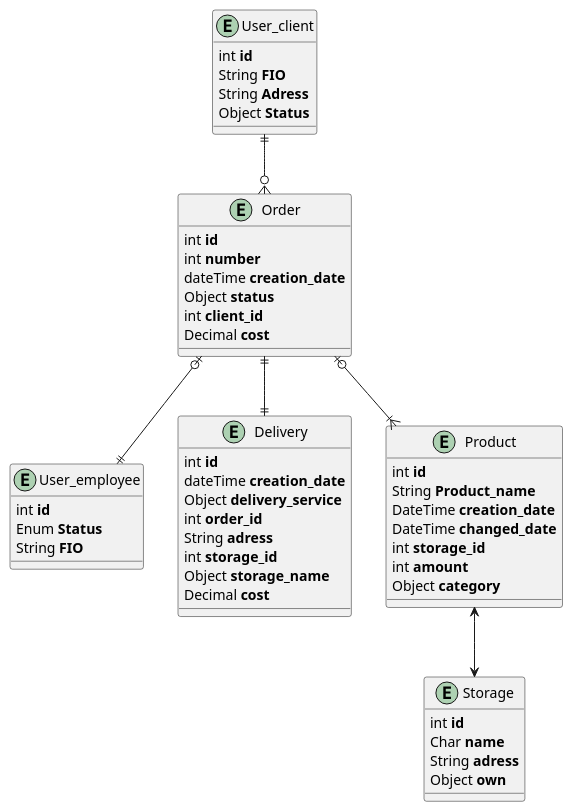
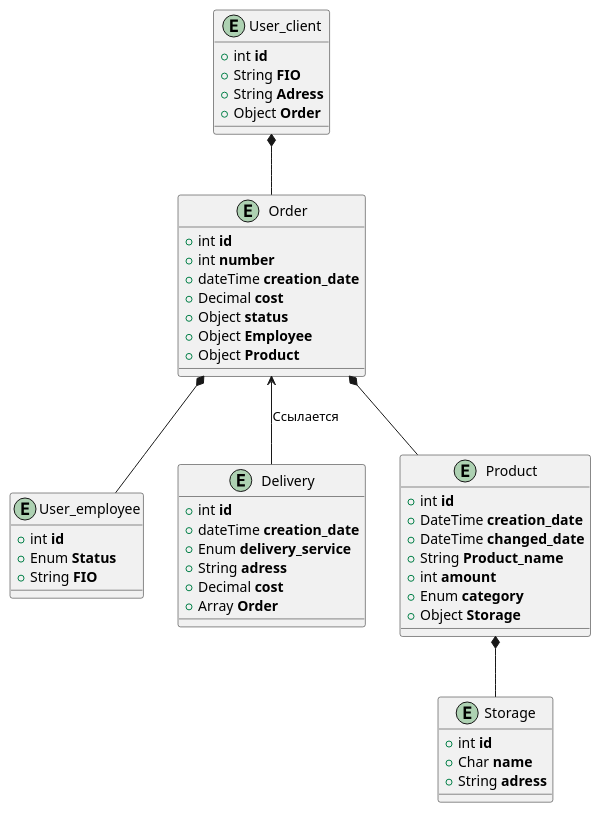
The diagram in nosql.puml (DitSoGD/Golturenko_analytics_practice), drawn with PlantUML before and after one commit.

Commit message:
Доработана диаграмма для нереляционной БД

```diff
--- a/nosql.puml
+++ b/nosql.puml
@@ -1,54 +1,52 @@
 @startuml
 
 entity User_employee {
-  int **id**
-  Enum **Status**
-  String **FIO**
+  + int **id**
+  + Enum **Status**
+  + String **FIO**
 }
 entity User_client {
-  int **id**
-  String **FIO**
-  String **Adress**
-  Object **Status**
+  + int **id**
+  + String **FIO**
+  + String **Adress**
+  + Object **Order**
 }
 entity Order {
-  int **id**
-  int **number**
-  dateTime **creation_date**
-  Object **status**
-  int **client_id**
-  Decimal **cost**
+  + int **id**
+  + int **number**
+  + dateTime **creation_date**
+  + Decimal **cost**
+  + Object **status**
+  + Object **Employee**
+  + Object **Product**
 }
 entity Delivery {
-  int **id**
-  dateTime **creation_date**
-  Object **delivery_service**
-  int **order_id**
-  String **adress**
-  int **storage_id**
-  Object **storage_name**
-  Decimal **cost**
+  + int **id**
+  + dateTime **creation_date**
+  + Enum **delivery_service**
+  + String **adress**
+  + Decimal **cost**
+  + Array **Order**
 }
 entity Product {
-  int **id**
-  String **Product_name**
-  DateTime **creation_date**
-  DateTime **changed_date**
-  int **storage_id**
-  int **amount**
-  Object **category**
+  + int **id**
+  + DateTime **creation_date**
+  + DateTime **changed_date**
+  + String **Product_name**
+  + int **amount**
+  + Enum **category**
+  + Object **Storage**
 }
 entity Storage {
-  int **id**
-  Char **name**
-  String **adress**
-  Object **own**
+  + int **id**
+  + Char **name**
+  + String **adress**
 }
 
-User_client ||--o{ Order
-Order |o--|{ Product
-Order ||--|| Delivery
-Order |o--|| User_employee
-Product <--> Storage
+User_client *-- Order
+Order *-- Product
+Order <-- Delivery : Ссылается
+Order *-- User_employee
+Product *-- Storage
 
 @enduml
```
